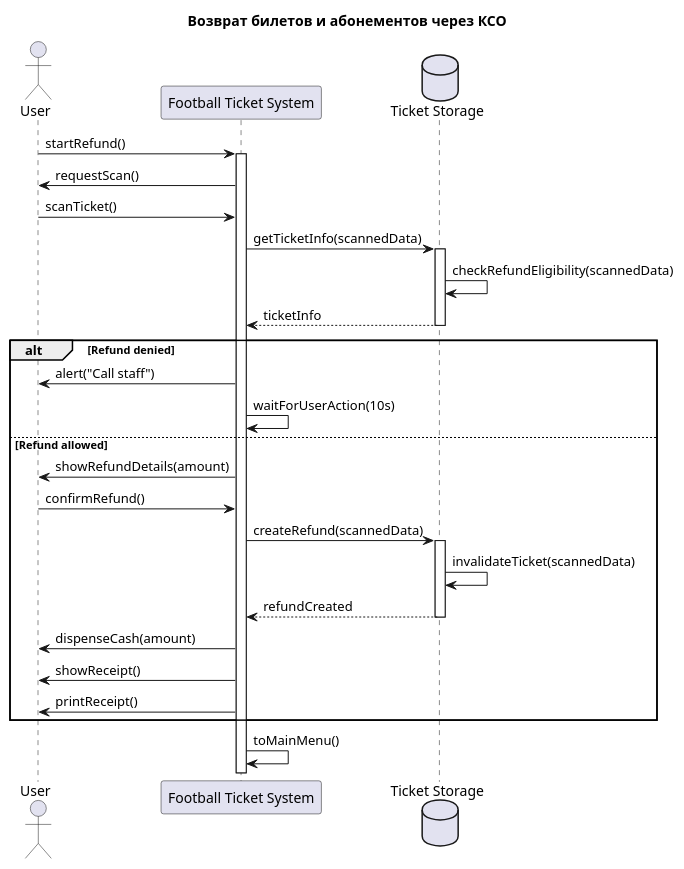
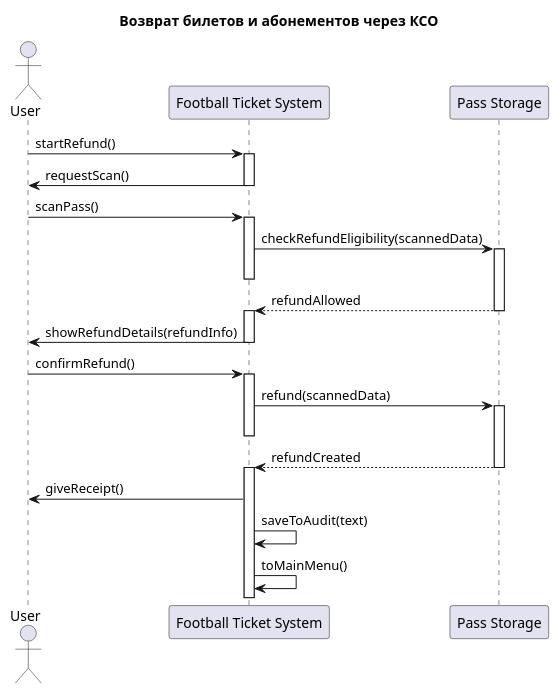
One commit to penamarth/bsbo-11-24_team5_var10_football changed the diagram in Преценденты/Возврат билетов и абонементов/Диаграмма последовательности.md. Above: the diagram before and after it, drawn with PlantUML. The commit also changed other lines of this file and 7 other files, not shown here.

````diff
--- a/Преценденты/Возврат билетов и абонементов/Диаграмма последовательности.md
+++ b/Преценденты/Возврат билетов и абонементов/Диаграмма последовательности.md
@@ -3,41 +3,46 @@
 ```plantuml
 @startuml
 title Возврат билетов и абонементов через КСО
 
 actor "User" as User
 participant "Football Ticket System" as FTS
-database "Ticket Storage" as TicketStorage
+participant "Pass Storage" as PassStorage
 
 User -> FTS : startRefund()
 activate FTS
+
 FTS -> User : requestScan()
-User -> FTS : scanTicket()
+deactivate FTS
 
-FTS -> TicketStorage : getTicketInfo(scannedData)
-activate TicketStorage
-TicketStorage -> TicketStorage : checkRefundEligibility(scannedData)
-TicketStorage --> FTS : ticketInfo
-deactivate TicketStorage
+User -> FTS : scanPass()
+activate FTS
 
-alt Refund denied
-    FTS -> User : alert("Call staff")
-    FTS -> FTS : waitForUserAction(10s)
-else Refund allowed
-    FTS -> User : showRefundDetails(amount)
-    User -> FTS : confirmRefund()
-    
-    FTS -> TicketStorage : createRefund(scannedData)
-    activate TicketStorage
-    TicketStorage -> TicketStorage : invalidateTicket(scannedData)
-    TicketStorage --> FTS : refundCreated
-    deactivate TicketStorage
+FTS -> PassStorage : checkRefundEligibility(scannedData)
+activate PassStorage
+deactivate FTS
+PassStorage --> FTS : refundAllowed
+deactivate PassStorage
+activate FTS
 
-    FTS -> User : dispenseCash(amount)
-    FTS -> User : showReceipt()
-    FTS -> User : printReceipt()
-end
+FTS -> User : showRefundDetails(refundInfo)
+deactivate FTS
+
+User -> FTS : confirmRefund()
+activate FTS
+
+FTS -> PassStorage : refund(scannedData)
+activate PassStorage
+deactivate FTS
+
+PassStorage --> FTS : refundCreated
+deactivate PassStorage
+activate FTS
+
+FTS -> User : giveReceipt()
+
+FTS -> FTS : saveToAudit(text)
 
 FTS -> FTS : toMainMenu()
 
 @enduml
 ```
````
